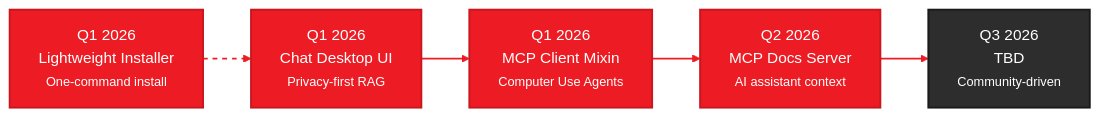
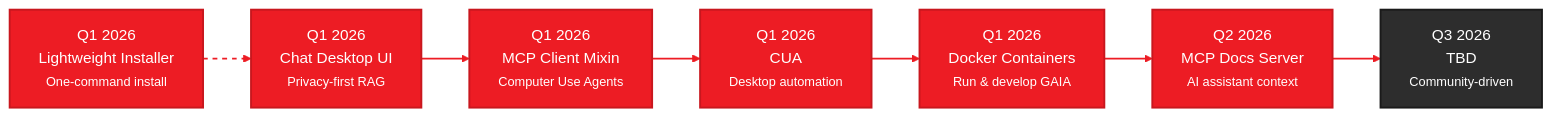
Before and after one commit to amd/gaia: the diagram in docs/roadmap.mdx, drawn with Mermaid. The commit also changed other lines of this file and 2 other files, not shown here.

First line of the commit message:
Add Docker Containers to Q1 2026 roadmap

````diff
--- a/docs/roadmap.mdx
+++ b/docs/roadmap.mdx
@@ -28,25 +28,33 @@
 ```mermaid
 %%{init: {'theme':'base', 'themeVariables': { 'primaryColor':'#ED1C24', 'primaryTextColor':'#fff', 'primaryBorderColor':'#C8171E', 'lineColor':'#F4484D', 'secondaryColor':'#2d2d2d', 'tertiaryColor':'#f5f5f5', 'fontSize':'16px', 'fontFamily': 'system-ui, -apple-system, sans-serif'}}}%%
 graph LR
     Q1["Q1 2026<br/>Lightweight Installer<br/><small>One-command install</small>"]
     Q1B["Q1 2026<br/>Chat Desktop UI<br/><small>Privacy-first RAG</small>"]
     Q1C["Q1 2026<br/>MCP Client Mixin<br/><small>Computer Use Agents</small>"]
+    Q1D["Q1 2026<br/>CUA<br/><small>Desktop automation</small>"]
+    Q1E["Q1 2026<br/>Docker Containers<br/><small>Run & develop GAIA</small>"]
     Q2["Q2 2026<br/>MCP Docs Server<br/><small>AI assistant context</small>"]
     Q3["Q3 2026<br/>TBD<br/><small>Community-driven</small>"]
 
     Q1 -.-> Q1B
     Q1B --> Q1C
-    Q1C --> Q2
+    Q1C --> Q1D
+    Q1D --> Q1E
+    Q1E --> Q2
     Q2 --> Q3
 
     style Q1 fill:#ED1C24,stroke:#C8171E,stroke-width:2px,color:#fff
     style Q1B fill:#ED1C24,stroke:#C8171E,stroke-width:2px,color:#fff
     style Q1C fill:#ED1C24,stroke:#C8171E,stroke-width:2px,color:#fff
+    style Q1D fill:#ED1C24,stroke:#C8171E,stroke-width:2px,color:#fff
+    style Q1E fill:#ED1C24,stroke:#C8171E,stroke-width:2px,color:#fff
     style Q2 fill:#ED1C24,stroke:#C8171E,stroke-width:2px,color:#fff
     style Q3 fill:#2d2d2d,stroke:#1a1a1a,stroke-width:2px,color:#fff
 
     linkStyle 0 stroke:#ED1C24,stroke-width:2px,stroke-dasharray: 5 5
     linkStyle 1 stroke:#ED1C24,stroke-width:2px
     linkStyle 2 stroke:#ED1C24,stroke-width:2px
     linkStyle 3 stroke:#ED1C24,stroke-width:2px
+    linkStyle 4 stroke:#ED1C24,stroke-width:2px
+    linkStyle 5 stroke:#ED1C24,stroke-width:2px
 ```
````
